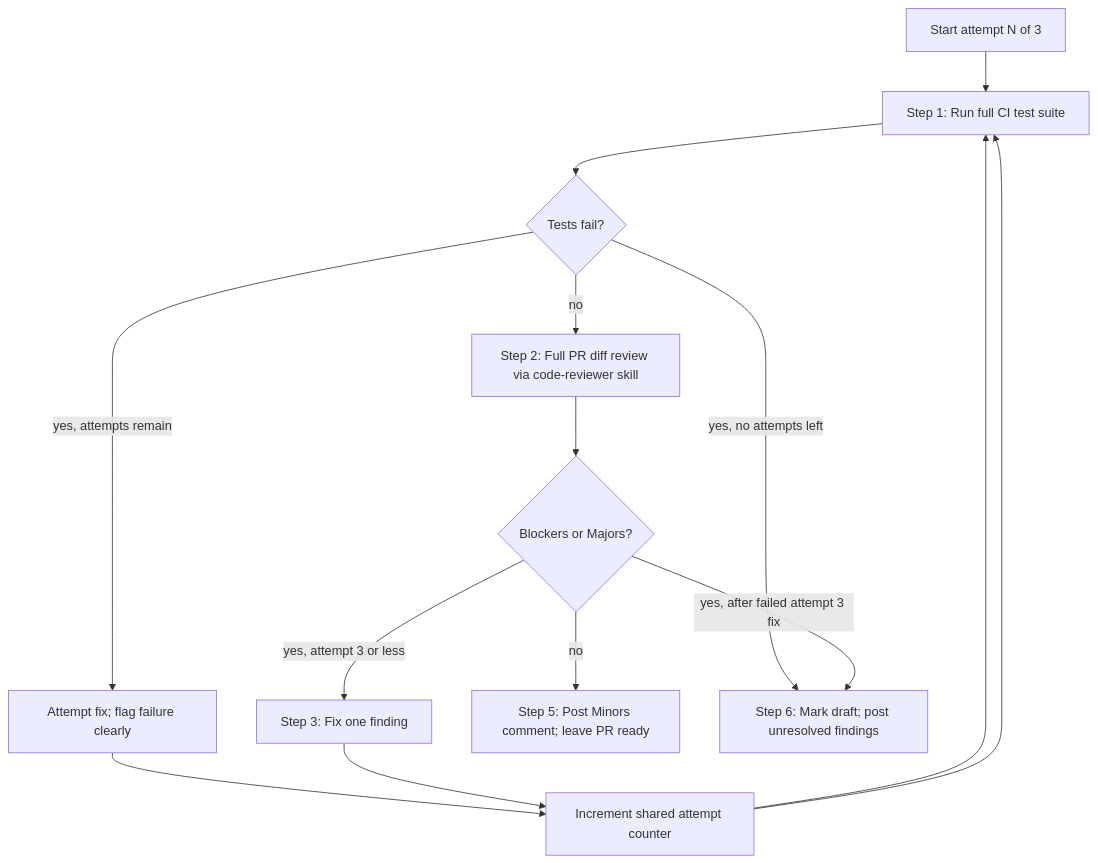
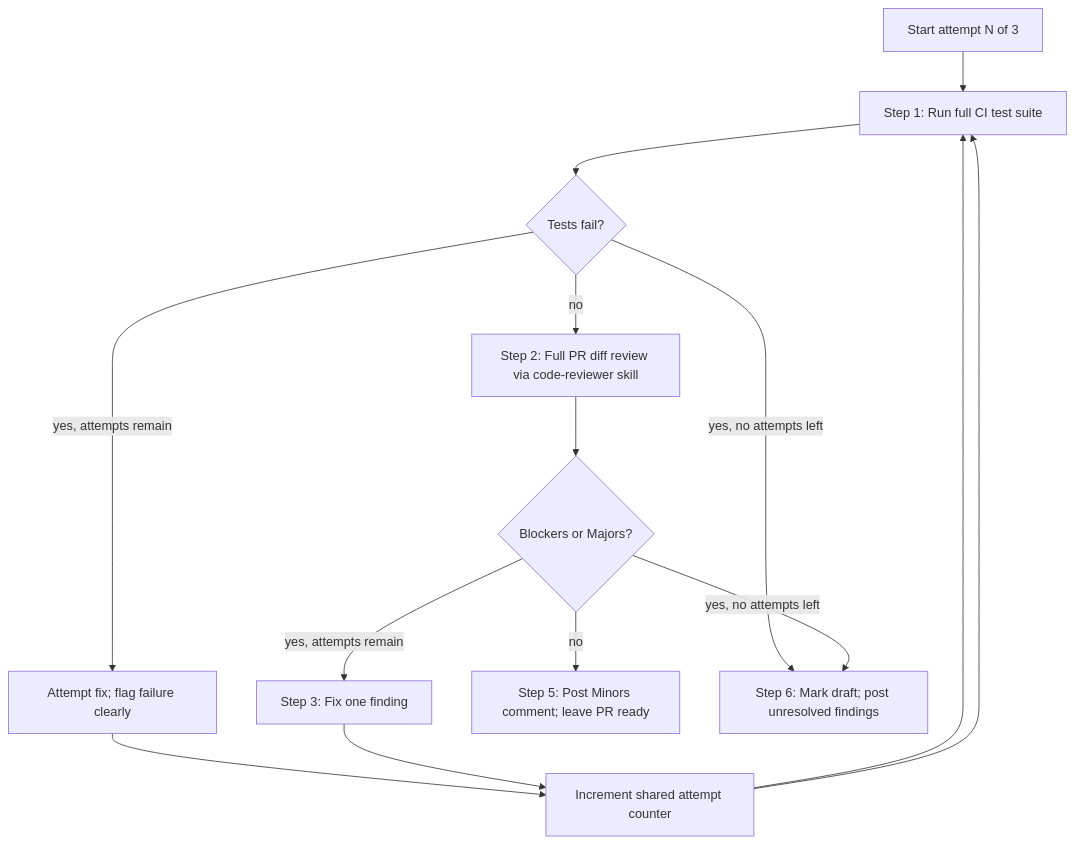
Before and after one commit to Collins1892/radar-practice: the second of 2 diagrams in docs/loop-pattern.md, drawn with Mermaid. The commit also changed other lines of this file, not shown here.

````diff
--- a/docs/loop-pattern.md
+++ b/docs/loop-pattern.md
@@ -70,21 +70,21 @@
 ```mermaid
 flowchart TD
   start[Start attempt N of 3]
   runTests[Step 1: Run full CI test suite]
   testFail{Tests fail?}
   fixTest[Attempt fix; flag failure clearly]
   review[Step 2: Full PR diff review via code-reviewer skill]
   blockers{Blockers or Majors?}
   fixOne[Step 3: Fix one finding]
   incAttempt[Increment shared attempt counter]
   postMinors[Step 5: Post Minors comment; leave PR ready]
   draftPR[Step 6: Mark draft; post unresolved findings]
 
   start --> runTests --> testFail
   testFail -->|yes, attempts remain| fixTest --> incAttempt --> runTests
   testFail -->|yes, no attempts left| draftPR
   testFail -->|no| review --> blockers
-  blockers -->|yes, attempt 3 or less| fixOne --> incAttempt --> runTests
+  blockers -->|yes, attempts remain| fixOne --> incAttempt --> runTests
   blockers -->|no| postMinors
-  blockers -->|yes, after failed attempt 3 fix| draftPR
+  blockers -->|yes, no attempts left| draftPR
 ```
````
